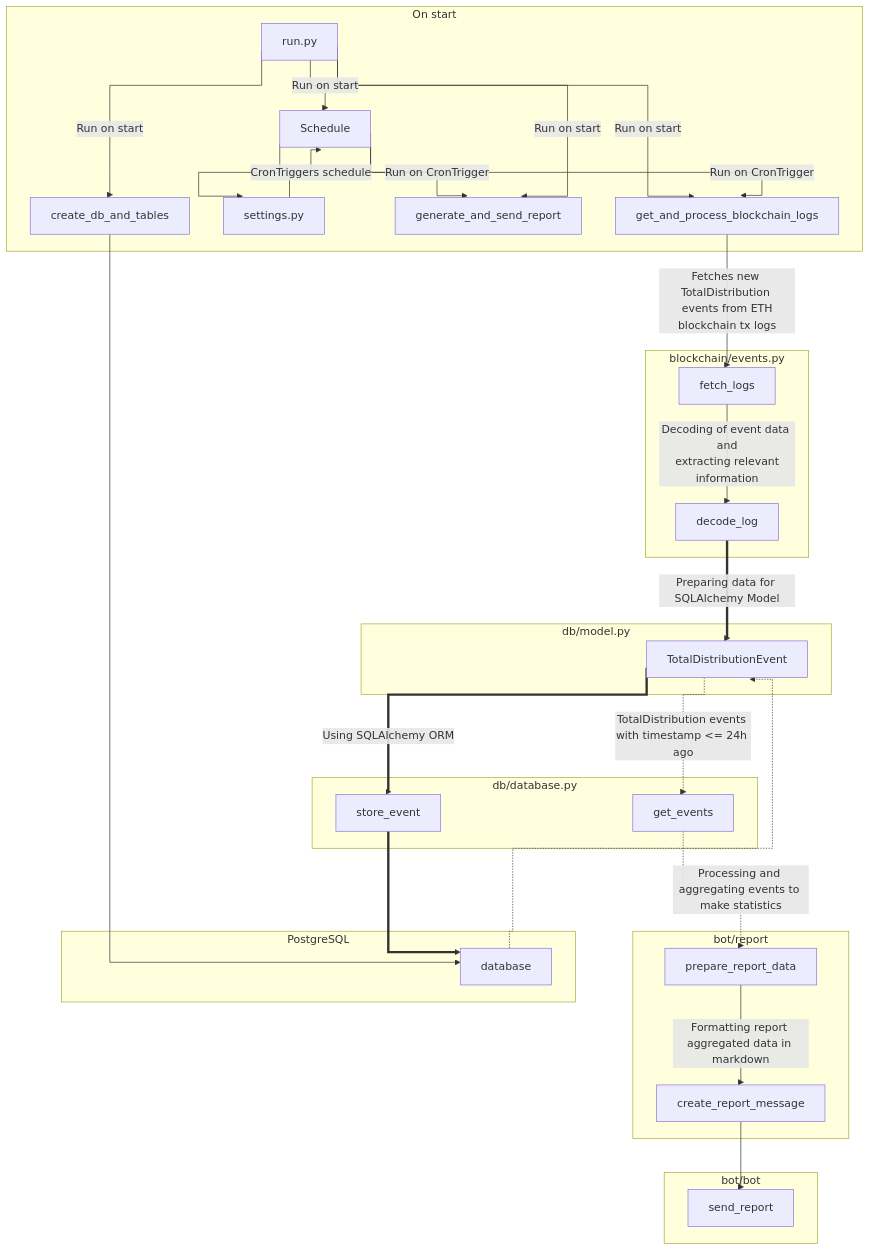
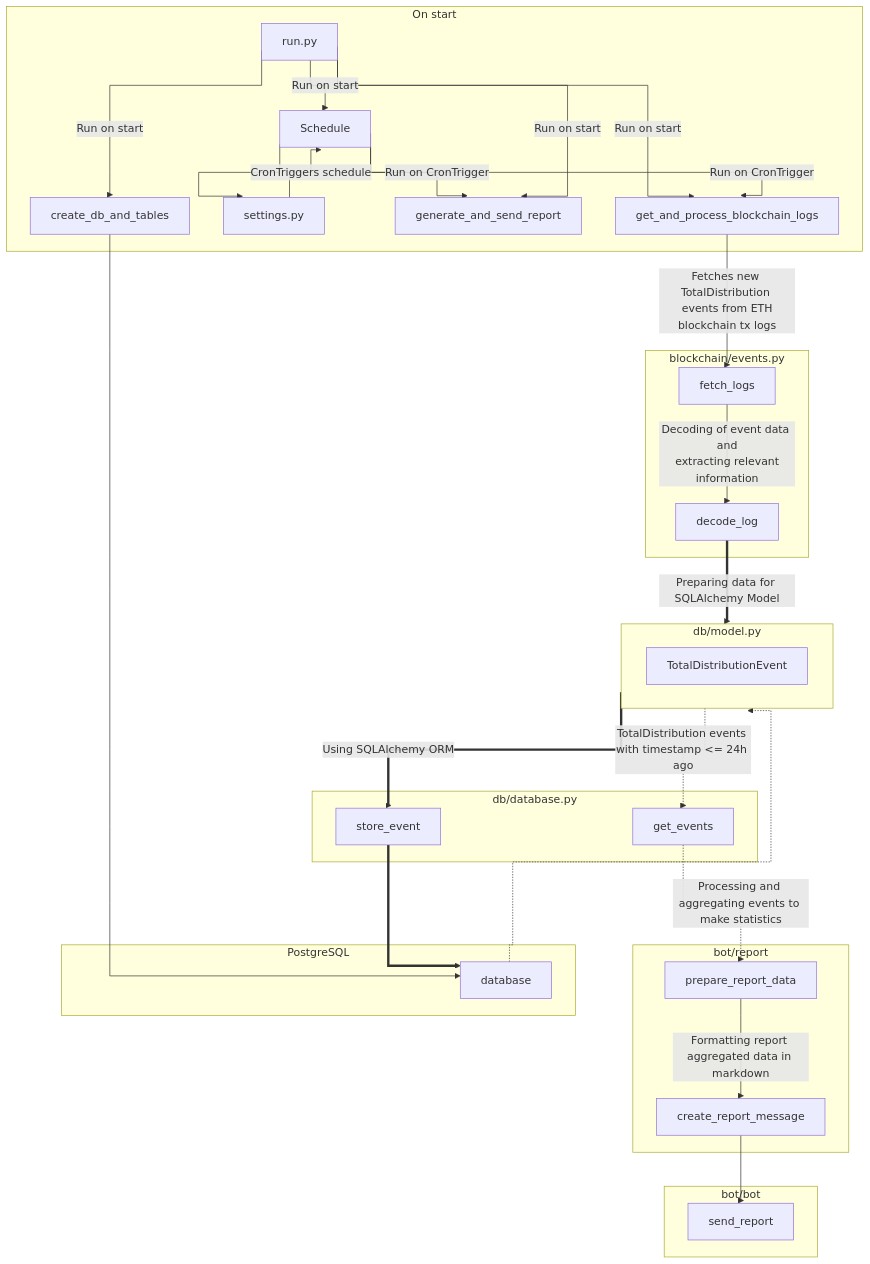
The second of 2 diagrams in README.md (lafabo/AIXTotalDistributionBot), drawn with Mermaid before and after one commit.

````diff
--- a/README.md
+++ b/README.md
@@ -144,50 +144,50 @@
 ```mermaid
 flowchart TB 
 %%{init: {'flowchart' : {'curve' : 'stepBefore'}}}%%
 
 subgraph On start
     run.py -- "Run on start" --> get_and_process_blockchain_logs;
     run.py -- "Run on start" --> Schedule
     Schedule --> settings.py --> |CronTriggers schedule| Schedule;
     Schedule --> |Run on CronTrigger| get_and_process_blockchain_logs;
     Schedule --> |Run on CronTrigger| generate_and_send_report;
     run.py -- "Run on start" --> generate_and_send_report;
     run.py -- "Run on start" --> create_db_and_tables;
 end
 
 create_db_and_tables --> database;
 get_and_process_blockchain_logs --> |Fetches new TotalDistribution \n events from ETH blockchain tx logs| fetch_logs;
 
 subgraph "db/database.py"
   store_event;
   get_events;
 end
 
 subgraph "blockchain/events.py"
     fetch_logs --> |Decoding of event data and\n extracting relevant information| decode_log;
 end
 
-decode_log ==> |Preparing data for SQLAlchemy Model| TotalDistributionEvent;
+decode_log ==> |Preparing data for SQLAlchemy Model| db/model.py;
 
 subgraph "db/model.py"
   TotalDistributionEvent;
 end
 
-TotalDistributionEvent ==> |Using SQLAlchemy ORM| store_event ==> database;	
-database -.-> TotalDistributionEvent -.-> |TotalDistribution events with timestamp <= 24h ago| get_events .-> |Processing and aggregating events to make statistics| prepare_report_data;
+db/model.py ==> |Using SQLAlchemy ORM| store_event ==> database;	
+database -.-> db/model.py -.-> |TotalDistribution events with timestamp <= 24h ago| get_events .-> |Processing and aggregating events to make statistics| prepare_report_data;
 
 subgraph "bot/report"
   prepare_report_data --> |Formatting report aggregated data in markdown| create_report_message;
 end	
 
 subgraph "PostgreSQL"
   database;
 end
 
 create_report_message --> send_report;
     
 subgraph "bot/bot"
  send_report;
 end
 
 ```
````
